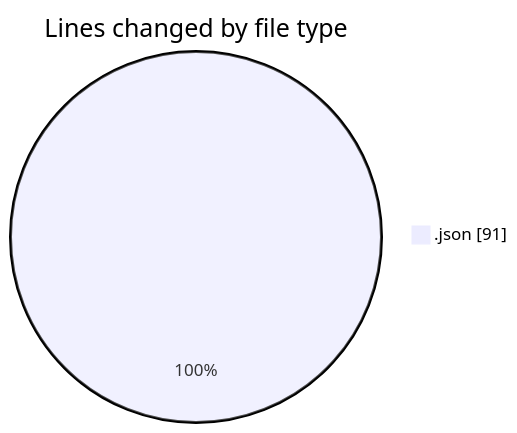
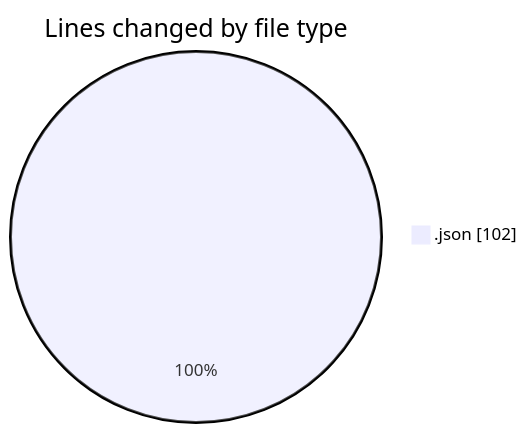
One commit to becaeroporto-bot/code-tracking changed the first of 2 diagrams in 2026-02-27/windsurf/README.md. Above: the diagram before and after it, drawn with Mermaid. The commit also changed other lines of this file and 1 other file, not shown here.

````diff
--- a/2026-02-27/windsurf/README.md
+++ b/2026-02-27/windsurf/README.md
@@ -20,5 +20,5 @@
 ```mermaid
 pie showData
 title Lines changed by file type
-".json" : 91
+".json" : 102
 ```
````
